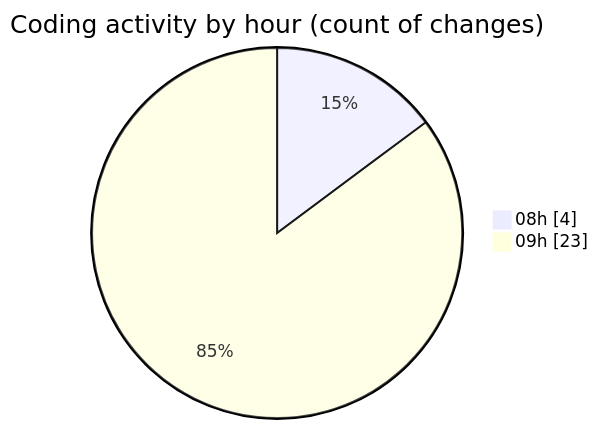
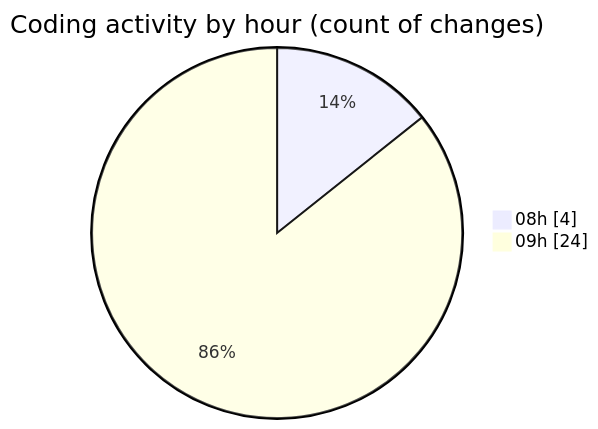
The second of 2 diagrams in 2026-09-17/cda/README.md (momahboobian/code-tracking), drawn with Mermaid before and after one commit. The commit also changed other lines of this file and 1 other file, not shown here.

````diff
--- a/2026-09-17/cda/README.md
+++ b/2026-09-17/cda/README.md
@@ -44,6 +45,6 @@
 ```mermaid
 pie showData
 title Coding activity by hour (count of changes)
 "08h" : 4
-"09h" : 23
+"09h" : 24
 ```
````
